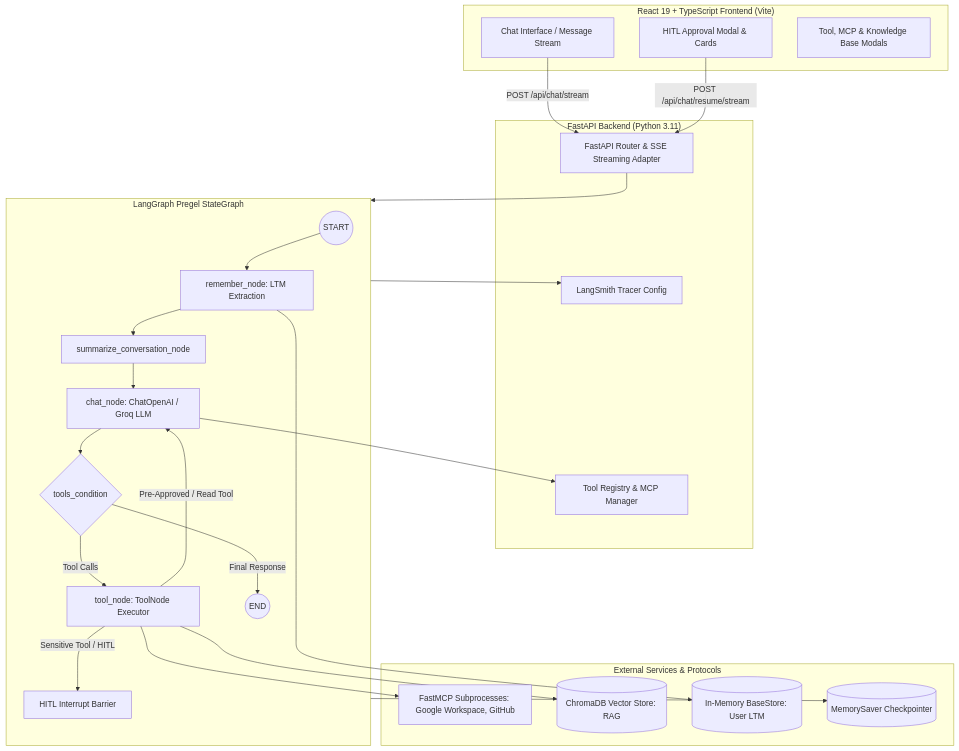
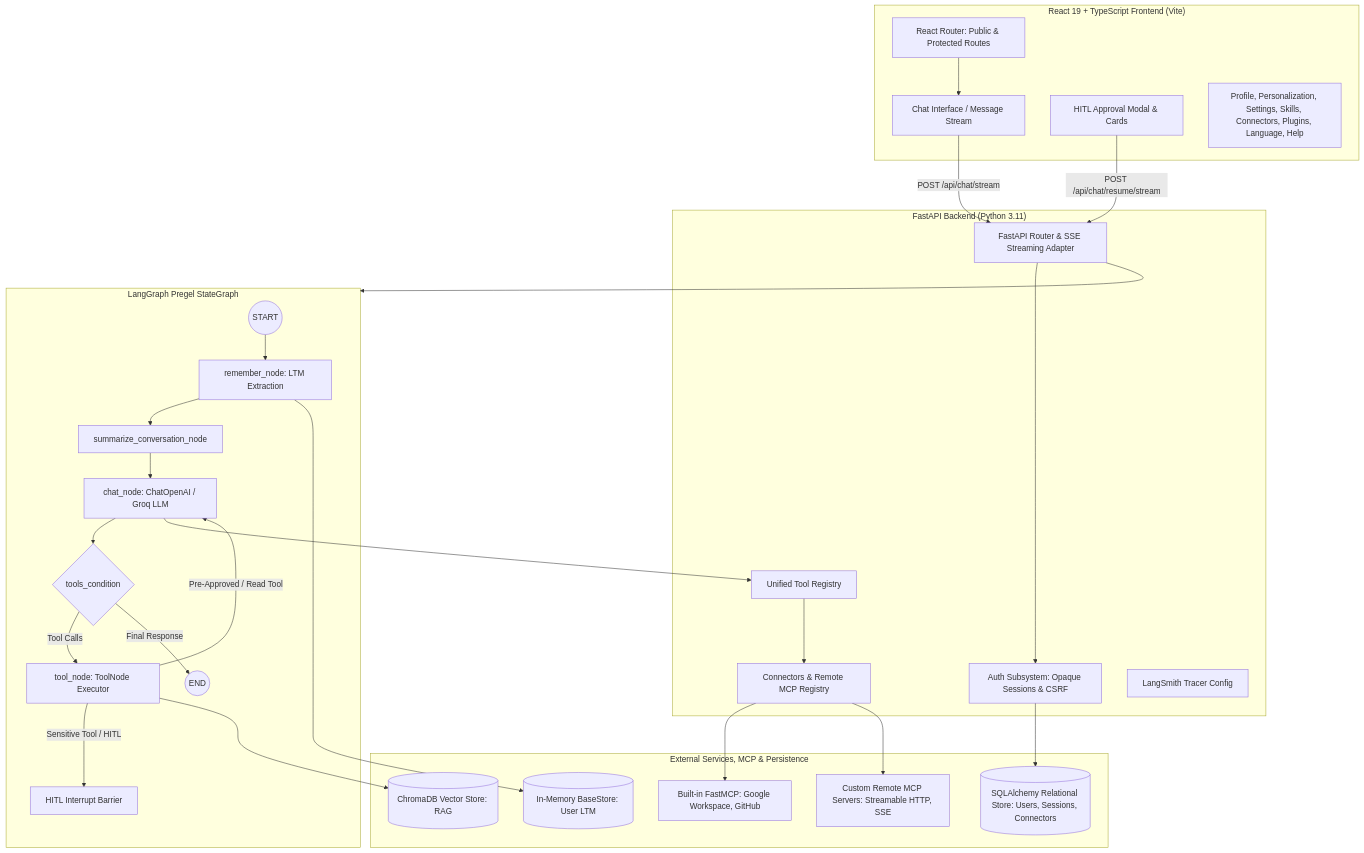
The diagram in docs/ARCHITECTURE.md (mahes-reddy332/OwnChatGpt), drawn with Mermaid before and after one commit. The commit also changed other lines of this file and 154 other files, not shown here.

Commit message:
feat: complete auth subsystem, modular 8-destination IA, rich message renderer & clean legacy files

````diff
--- a/docs/ARCHITECTURE.md
+++ b/docs/ARCHITECTURE.md
@@ -7,49 +7,56 @@
 ```mermaid
 flowchart TD
     subgraph Frontend["React 19 + TypeScript Frontend (Vite)"]
         UI[Chat Interface / Message Stream]
         HITL_UI[HITL Approval Modal & Cards]
-        MODALS[Tool, MCP & Knowledge Base Modals]
+        ROUTER[React Router: Public & Protected Routes]
+        PAGES[Profile, Personalization, Settings, Skills, Connectors, Plugins, Language, Help]
     end
 
     subgraph Backend["FastAPI Backend (Python 3.11)"]
         API[FastAPI Router & SSE Streaming Adapter]
+        AUTH[Auth Subsystem: Opaque Sessions & CSRF]
+        CONN_REG[Connectors & Remote MCP Registry]
         TRACER[LangSmith Tracer Config]
-        REGISTRY[Tool Registry & MCP Manager]
+        REGISTRY[Unified Tool Registry]
     end
 
     subgraph Agent["LangGraph Pregel StateGraph"]
         START((START))
         REMEMBER[remember_node: LTM Extraction]
         SUMMARIZE[summarize_conversation_node]
         CHAT[chat_node: ChatOpenAI / Groq LLM]
-        ROUTER{tools_condition}
+        ROUTER_NODE{tools_condition}
         TOOLS[tool_node: ToolNode Executor]
         INTERRUPT[HITL Interrupt Barrier]
         END_NODE((END))
 
         START --> REMEMBER --> SUMMARIZE --> CHAT
-        CHAT --> ROUTER
-        ROUTER -->|Tool Calls| TOOLS
-        ROUTER -->|Final Response| END_NODE
+        CHAT --> ROUTER_NODE
+        ROUTER_NODE -->|Tool Calls| TOOLS
+        ROUTER_NODE -->|Final Response| END_NODE
         TOOLS -->|Pre-Approved / Read Tool| CHAT
         TOOLS -->|Sensitive Tool / HITL| INTERRUPT
     end
 
-    subgraph Integrations["External Services & Protocols"]
-        MCP_SERVERS[FastMCP Subprocesses: Google Workspace, GitHub]
+    subgraph Integrations["External Services, MCP & Persistence"]
+        BUILTIN_MCP[Built-in FastMCP: Google Workspace, GitHub]
+        CUSTOM_MCP[Custom Remote MCP Servers: Streamable HTTP, SSE]
         CHROMA[(ChromaDB Vector Store: RAG)]
         MEM_STORE[(In-Memory BaseStore: User LTM)]
-        CHECKPOINT[(MemorySaver Checkpointer)]
+        DB[(SQLAlchemy Relational Store: Users, Sessions, Connectors)]
     end
 
+    ROUTER --> UI
     UI -->|POST /api/chat/stream| API
     HITL_UI -->|POST /api/chat/resume/stream| API
+    API --> AUTH
+    AUTH --> DB
     API --> Agent
-    Agent --> TRACER
     CHAT --> REGISTRY
-    TOOLS --> MCP_SERVERS
+    REGISTRY --> CONN_REG
+    CONN_REG --> BUILTIN_MCP
+    CONN_REG --> CUSTOM_MCP
     TOOLS --> CHROMA
     REMEMBER --> MEM_STORE
-    Agent --> CHECKPOINT
 ```
````
